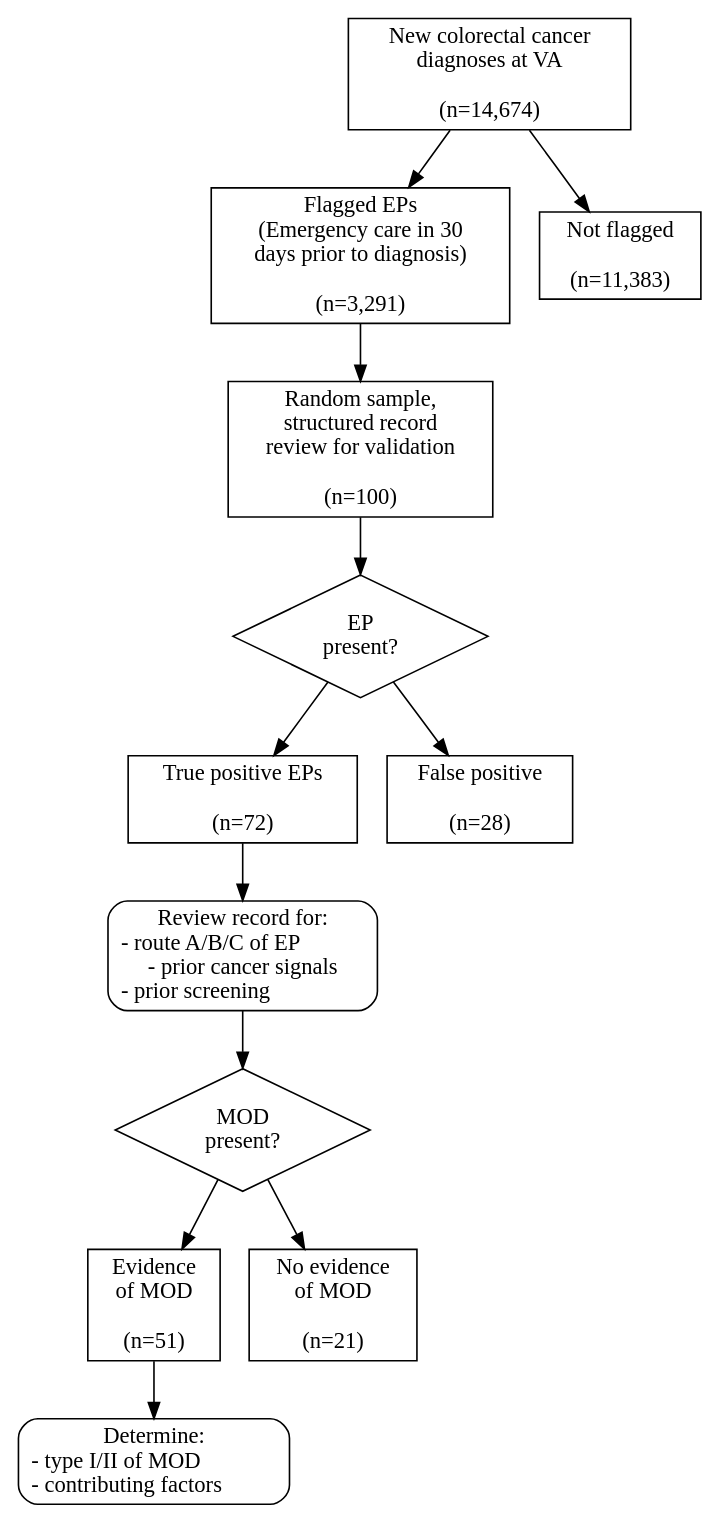
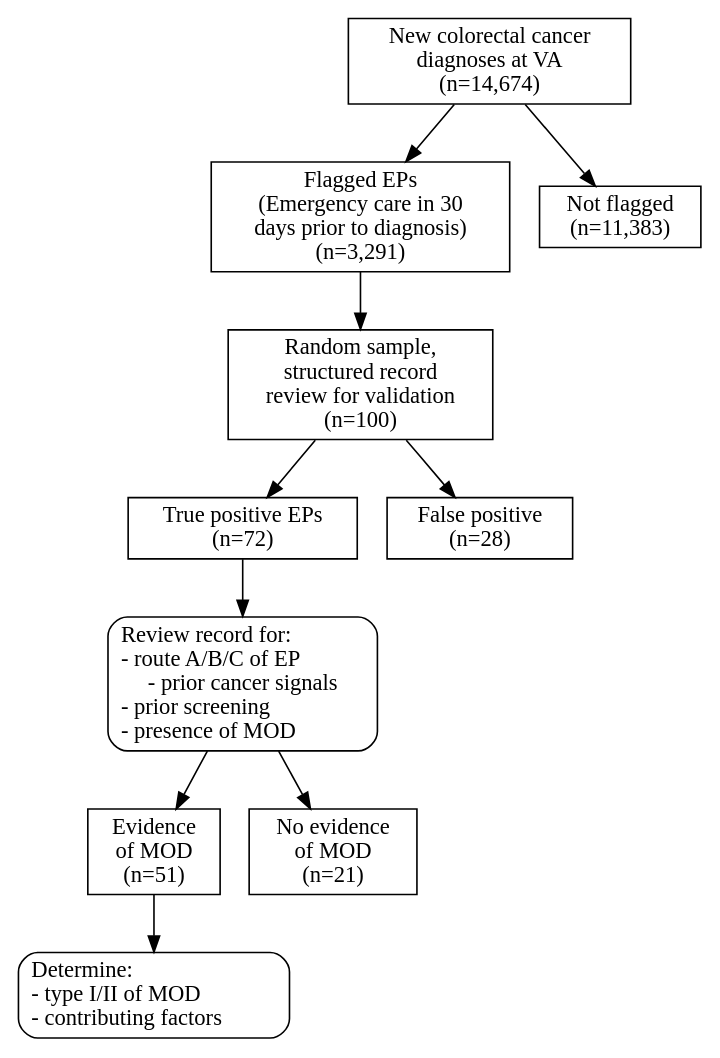
The diagram in consort.dot (zimolzak/MooreMeasures), drawn with Graphviz before and after one commit.

Commit message:
got rid of diamonds

```diff
--- a/consort.dot
+++ b/consort.dot
@@ -1,38 +1,34 @@
 digraph{
 
-cancer_dx[shape=rectangle, label="New colorectal cancer\ndiagnoses at VA\n\n(n=14,674)"]
-emerg[shape=rectangle, label="Flagged EPs\n(Emergency care in 30\ndays prior to diagnosis)\n\n(n=3,291)"]
-no_emerg[shape=rectangle, label="Not flagged\n\n(n=11,383)"]
+cancer_dx[shape=rectangle, label="New colorectal cancer\ndiagnoses at VA\n(n=14,674)"]
+emerg[shape=rectangle, label="Flagged EPs\n(Emergency care in 30\ndays prior to diagnosis)\n(n=3,291)"]
+no_emerg[shape=rectangle, label="Not flagged\n(n=11,383)"]
 
 cancer_dx -> emerg
 cancer_dx -> no_emerg
 
-review_sample[shape=rectangle, label="Random sample,\nstructured record\nreview for validation\n\n(n=100)"]
+review_sample[shape=rectangle, label="Random sample,\nstructured record\nreview for validation\n(n=100)"]
 
-ep_present[shape=diamond, label="EP\npresent?"]
+emerg -> review_sample
 
-emerg -> review_sample -> ep_present
+ppv[shape=rectangle, label="True positive EPs\n(n=72)"]
+fp[shape=rectangle, label="False positive\n(n=28)"]
 
-ppv[shape=rectangle, label="True positive EPs\n\n(n=72)"]
-fp[shape=rectangle, label="False positive\n\n(n=28)"]
+review_sample -> ppv
+review_sample -> fp
 
-ep_present -> ppv
-ep_present -> fp
+determine_route[shape=rectangle, style=rounded, label="Review record for:\l- route A/B/C of EP\l- prior cancer signals\n- prior screening\l- presence of MOD\l"]
 
-determine_route[shape=rectangle, style=rounded, label="Review record for:\n- route A/B/C of EP\l- prior cancer signals\n- prior screening\l"]
+ppv -> determine_route
 
-mod_present_yn[shape=diamond, label="MOD\npresent?"]
+yes_MOD[shape=rectangle, label="Evidence\nof MOD\n(n=51)"]
+no_MOD[shape=rectangle, label="No evidence\nof MOD\n(n=21)"]
 
-ppv -> determine_route -> mod_present_yn
+determine_route -> yes_MOD
+determine_route -> no_MOD
 
-yes_MOD[shape=rectangle, label="Evidence\nof MOD\n\n(n=51)"]
-no_MOD[shape=rectangle, label="No evidence\nof MOD\n\n(n=21)"]
-
-mod_present_yn -> yes_MOD
-mod_present_yn -> no_MOD
-
-determine_type[shape=rectangle, style=rounded, label="Determine:\n- type I/II of MOD\l- contributing factors\l"]
+determine_type[shape=rectangle, style=rounded, label="Determine:\l- type I/II of MOD\l- contributing factors\l"]
 
 yes_MOD -> determine_type
 
 }
```
